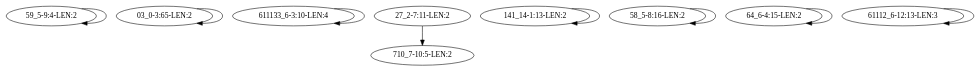
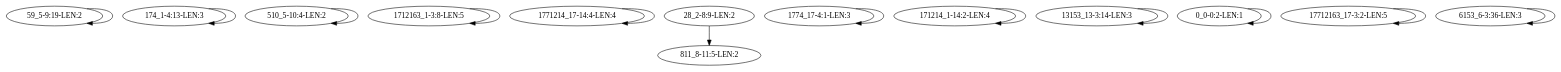
The diagram in mussels/all-min5/intermediate/assembly_graph.dot (bluenote-1577/devider-test), drawn with Graphviz before and after one commit. The commit also changed 181 other files, not shown here.

```diff
--- a/mussels/all-min5/intermediate/assembly_graph.dot
+++ b/mussels/all-min5/intermediate/assembly_graph.dot
@@ -1,10 +1,14 @@
 digraph G {
-    "59_5-9:4-LEN:2" -> "59_5-9:4-LEN:2";
-    "03_0-3:65-LEN:2" -> "03_0-3:65-LEN:2";
-    "611133_6-3:10-LEN:4" -> "611133_6-3:10-LEN:4";
-    "27_2-7:11-LEN:2" -> "710_7-10:5-LEN:2";
-    "141_14-1:13-LEN:2" -> "141_14-1:13-LEN:2";
-    "58_5-8:16-LEN:2" -> "58_5-8:16-LEN:2";
-    "64_6-4:15-LEN:2" -> "64_6-4:15-LEN:2";
-    "61112_6-12:13-LEN:3" -> "61112_6-12:13-LEN:3";
+    "59_5-9:19-LEN:2" -> "59_5-9:19-LEN:2";
+    "174_1-4:13-LEN:3" -> "174_1-4:13-LEN:3";
+    "510_5-10:4-LEN:2" -> "510_5-10:4-LEN:2";
+    "1712163_1-3:8-LEN:5" -> "1712163_1-3:8-LEN:5";
+    "1771214_17-14:4-LEN:4" -> "1771214_17-14:4-LEN:4";
+    "28_2-8:9-LEN:2" -> "811_8-11:5-LEN:2";
+    "1774_17-4:1-LEN:3" -> "1774_17-4:1-LEN:3";
+    "171214_1-14:2-LEN:4" -> "171214_1-14:2-LEN:4";
+    "13153_13-3:14-LEN:3" -> "13153_13-3:14-LEN:3";
+    "0_0-0:2-LEN:1" -> "0_0-0:2-LEN:1";
+    "17712163_17-3:2-LEN:5" -> "17712163_17-3:2-LEN:5";
+    "6153_6-3:36-LEN:3" -> "6153_6-3:36-LEN:3";
 }
```
